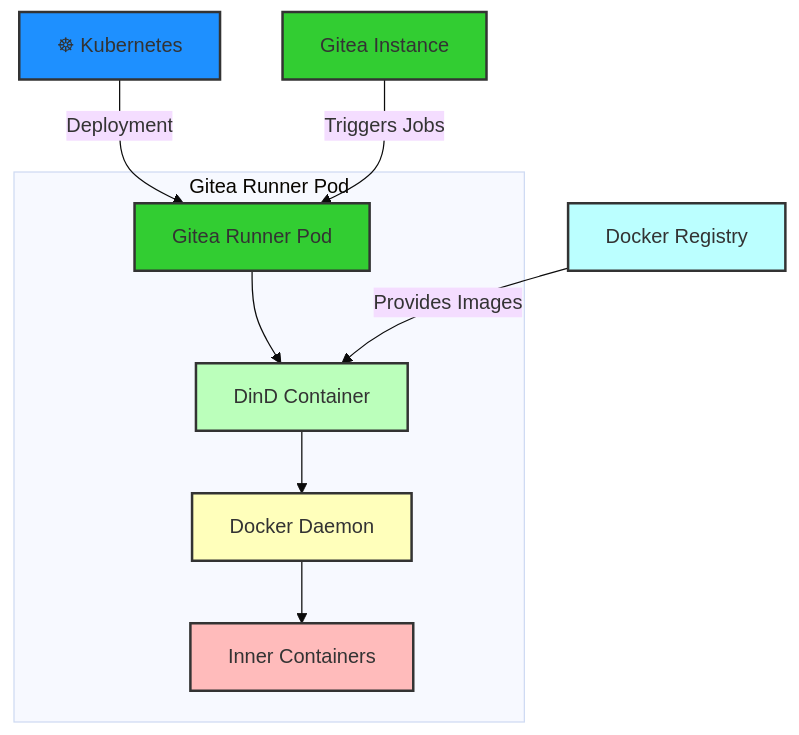
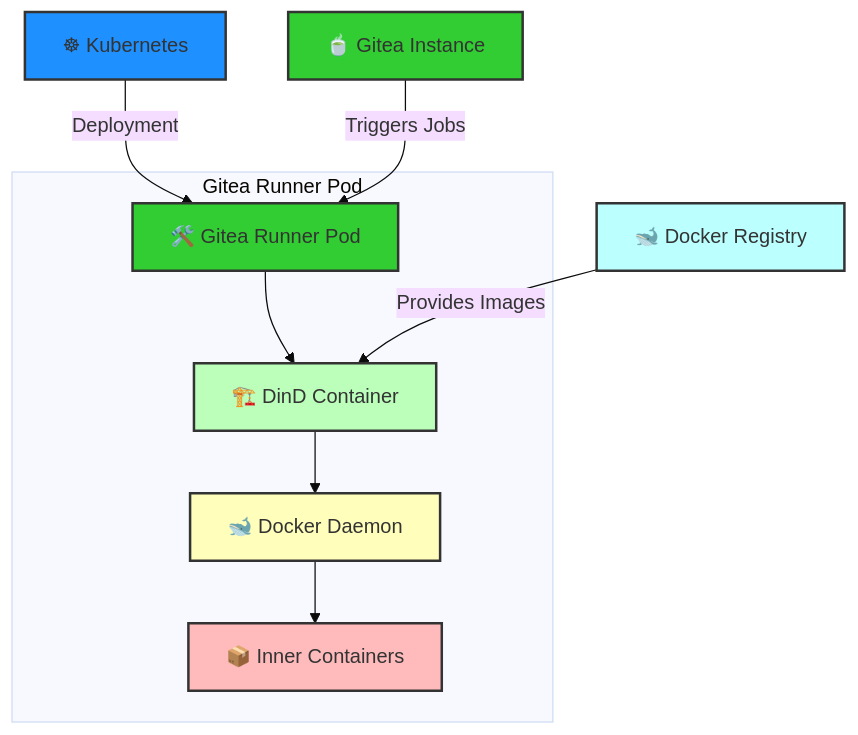
One commit to H0llyW00dzZ/My-RESTAPIs-Boilerplate changed the diagram in k8s-deployment/Gitea-Runner.md. Above: the diagram before and after it, drawn with Mermaid (base theme).

Commit message:
Update Docs [K8S Deployment] Gitea Docker-in-Docker (DinD) Runner (#1740)
* Update Docs [K8S Deployment] Gitea Docker-in-Docker (DinD) Runner

- [+] chore(Gitea-Runner.md): update icons for DinD Container, Docker Daemon, Inner Containers, Gitea Instance, and Docker Registry in the diagram

* Update diagram label

- [+] docs(Gitea-Runner.md): update diagram label for Gitea Runner Pod to include a tool emoji

````diff
--- a/k8s-deployment/Gitea-Runner.md
+++ b/k8s-deployment/Gitea-Runner.md
@@ -16,21 +16,21 @@
 ```mermaid
 graph TD;
-    A[☸ Kubernetes] -->|Deployment| B[Gitea Runner Pod]
+    A[☸ Kubernetes] -->|Deployment| B[🛠️ Gitea Runner Pod]
     
     subgraph Gitea Runner Pod
-        B --> C[DinD Container]
-        C --> D[Docker Daemon]
-        D --> E[Inner Containers]
+        B --> C[🏗️ DinD Container]
+        C --> D[🐋 Docker Daemon]
+        D --> E[📦 Inner Containers]
     end
     
-    F[Gitea Instance] -->|Triggers Jobs| B
-    G[Docker Registry] -->|Provides Images| C
+    F[🍵 Gitea Instance] -->|Triggers Jobs| B
+    G[🐋 Docker Registry] -->|Provides Images| C
     
     style A fill:#1e90ff,stroke:#333,stroke-width:2px;
     style B fill:#32cd32,stroke:#333,stroke-width:2px;
     style C fill:#bfb,stroke:#333,stroke-width:2px;
     style D fill:#ffb,stroke:#333,stroke-width:2px;
     style E fill:#fbb,stroke:#333,stroke-width:2px;
     style F fill:#32cd32,stroke:#333,stroke-width:2px;
     style G fill:#bff,stroke:#333,stroke-width:2px;
 ```
````
